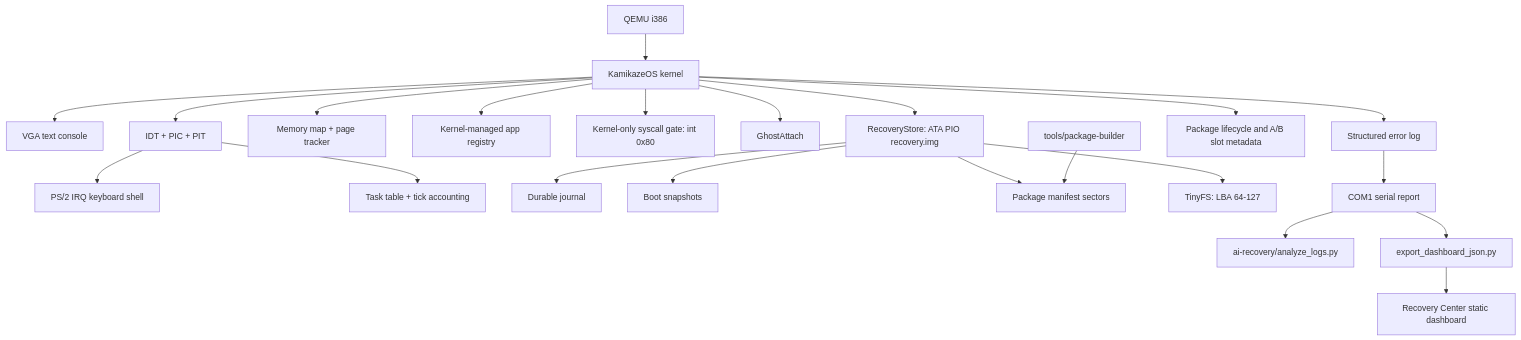
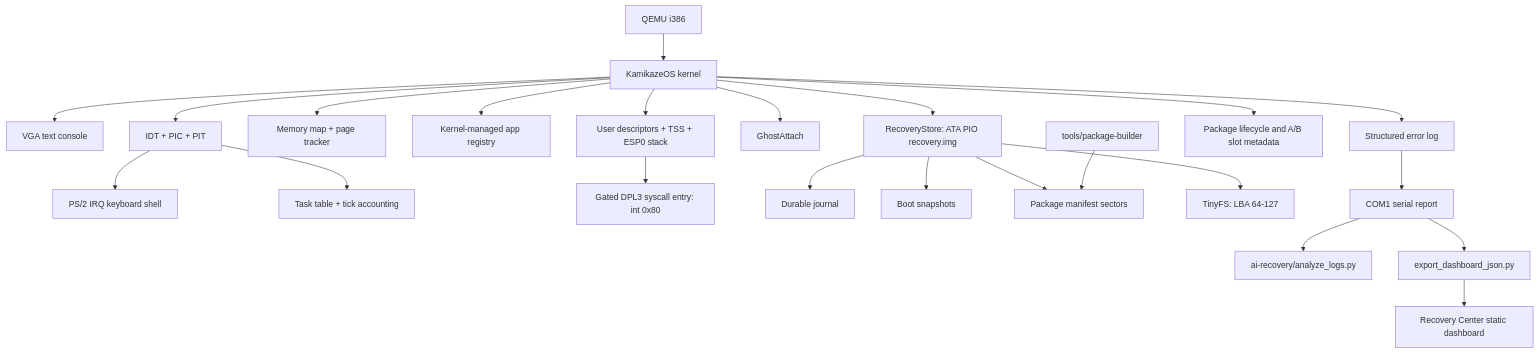
Before and after one commit to kaamikazi/kamikazeos: the diagram in README.md, drawn with Mermaid. The commit also changed other lines of this file and 9 other files, not shown here.

````diff
--- a/README.md
+++ b/README.md
@@ -49,24 +53,25 @@
 ```mermaid
 flowchart TD
   QEMU["QEMU i386"] --> Kernel["KamikazeOS kernel"]
   Kernel --> VGA["VGA text console"]
   Kernel --> IRQ["IDT + PIC + PIT"]
   Kernel --> Memory["Memory map + page tracker"]
   IRQ --> Keyboard["PS/2 IRQ keyboard shell"]
   IRQ --> Tasks["Task table + tick accounting"]
   Kernel --> Apps["Kernel-managed app registry"]
-  Kernel --> Syscalls["Kernel-only syscall gate: int 0x80"]
+  Kernel --> Privilege["User descriptors + TSS + ESP0 stack"]
+  Privilege --> Syscalls["Gated DPL3 syscall entry: int 0x80"]
   Kernel --> Ghost["GhostAttach"]
   Kernel --> Errors["Structured error log"]
   Kernel --> Store["RecoveryStore: ATA PIO recovery.img"]
   Store --> Journal["Durable journal"]
   Store --> Snapshots["Boot snapshots"]
   Store --> Manifests["Package manifest sectors"]
   Store --> TinyFS["TinyFS: LBA 64-127"]
   Kernel --> Packages["Package lifecycle and A/B slot metadata"]
   Errors --> Serial["COM1 serial report"]
   Serial --> Analyzer["ai-recovery/analyze_logs.py"]
   Serial --> Exporter["export_dashboard_json.py"]
   Exporter --> Dashboard["Recovery Center static dashboard"]
   Tools["tools/package-builder"] --> Manifests
 ```
````
